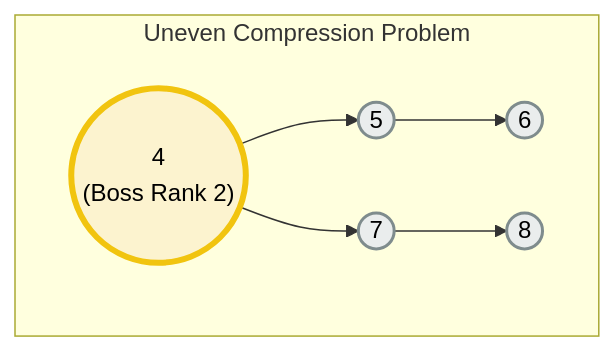
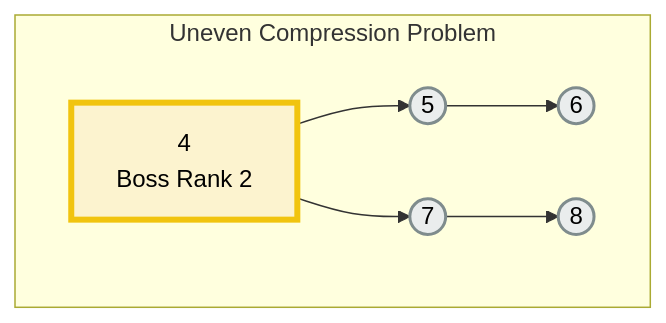
Diagram 26 of 36 in Graph/DSU_README.md (muntasir24/DSA_Practice), drawn with Mermaid before and after one commit. The commit also changed other lines of this file, not shown here.

````diff
--- a/Graph/DSU_README.md
+++ b/Graph/DSU_README.md
@@ -1060,16 +1060,16 @@
 ```mermaid
 graph TD
     subgraph Uneven_Compression_Problem ["Uneven Compression Problem"]
-        4(("4<br>(Boss Rank 2)")):::superBoss
+        4["4<br>Boss Rank 2"]:::superBoss
         5((5)):::midBoss
         6((6)):::midBoss
         7((7)):::midBoss
         8((8)):::midBoss
 
         4 --> 5 --> 6
         4 --> 7 --> 8
     end
 
     classDef superBoss fill:#FCF3CF,stroke:#F1C40F,stroke-width:4px,color:#000000;
     classDef midBoss fill:#EAEDED,stroke:#7F8C8D,stroke-width:2px,color:#000000;
 ```
````
